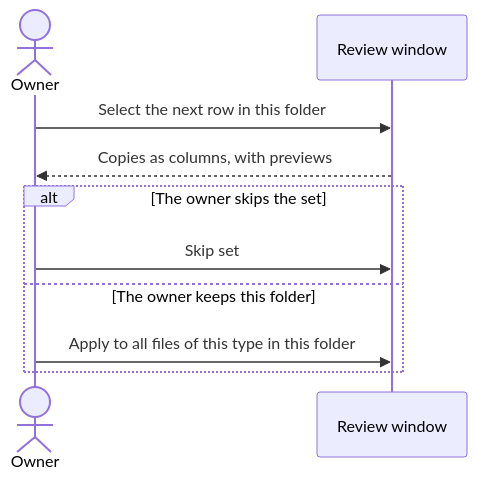
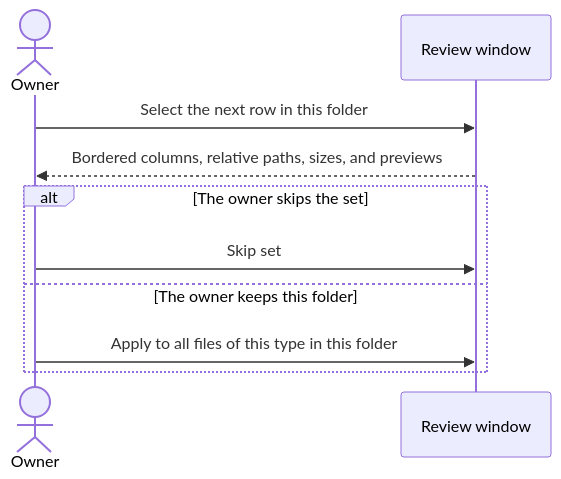
Before and after one commit to cionz0/hdsort: the fourth of 9 diagrams in docs/architecture.md, drawn with Mermaid. The commit also changed other lines of this file and 15 other files, not shown here.

````diff
--- a/docs/architecture.md
+++ b/docs/architecture.md
@@ -93,12 +93,12 @@
 ```mermaid
 sequenceDiagram
   actor Owner
   participant Window as Review window
   Owner->>Window: Select the next row in this folder
-  Window-->>Owner: Copies as columns, with previews
+  Window-->>Owner: Bordered columns, relative paths, sizes, and previews
   alt The owner skips the set
     Owner->>Window: Skip set
   else The owner keeps this folder
     Owner->>Window: Apply to all files of this type in this folder
   end
 ```
````
